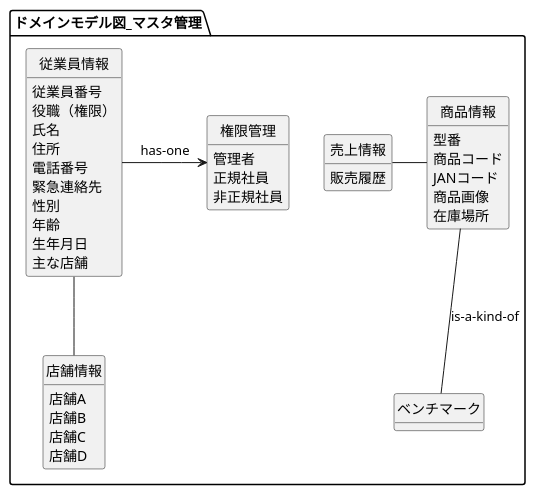
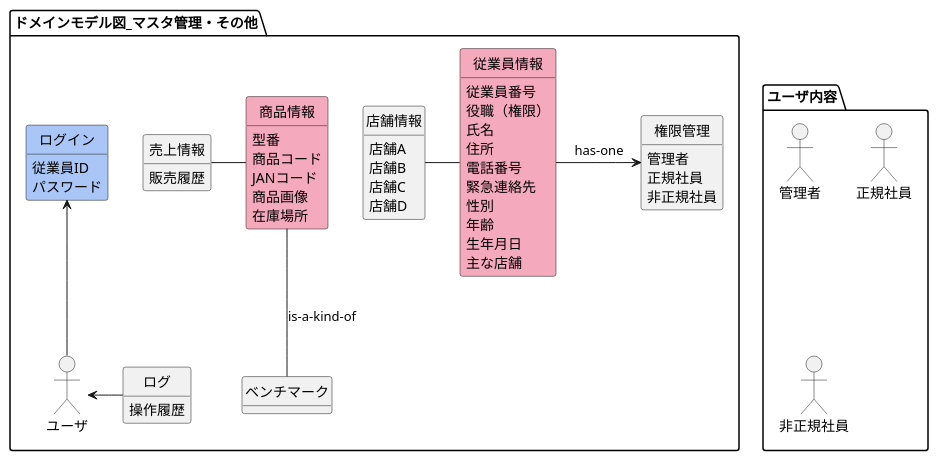
The diagram in 各種設計書/1ドメインモデル図/ドメインモデル図_マスタ管理.wsd (HaruShim/Sotuken), drawn with PlantUML before and after one commit. The commit also changed 2 other files, not shown here.

```diff
--- a/各種設計書/1ドメインモデル図/ドメインモデル図_マスタ管理.wsd
+++ b/各種設計書/1ドメインモデル図/ドメインモデル図_マスタ管理.wsd
@@ -1,74 +1,57 @@
 @startuml domainmodel
 ' left to right direction
 
 hide circle
 hide method
 
-package ドメインモデル図_マスタ管理 {
-  ' class 商品 #F5A9BC
-  ' class 予約商品 #F5A9BC
-  ' class 在庫商品 #F5A9BC
-  ' class カテゴリ
-  ' class レビュー
-  ' class カート
-  ' class 注文 #CEF6F5
-  ' class ウィッシュリスト
-  ' class 登録情報 #A9C6F6
-  class 商品情報
-  class ベンチマーク
-  class 売上情報
-  class 従業員情報
-  class 店舗情報
-  class 権限管理
+package ユーザ内容 {
+  mix_actor 管理者
+  mix_actor 正規社員
+  mix_actor 非正規社員
+}
+package ドメインモデル図_マスタ管理・その他 {
+  class 商品情報 #F5A9BC
+  class ベンチマーク 
+  class 売上情報 
+  class 従業員情報 #F5A9BC
+  class 店舗情報 
+  class 権限管理 
+  class ログイン #A9C6F6
+  class ログ
+  mix_actor ユーザ
 
   権限管理 : 管理者
   権限管理 : 正規社員
   権限管理 : 非正規社員
   従業員情報 : 従業員番号
   従業員情報 : 役職（権限）
   従業員情報 : 氏名
   従業員情報 : 住所
   従業員情報 : 電話番号
   従業員情報 : 緊急連絡先
   従業員情報 : 性別
   従業員情報 : 年齢
   従業員情報 : 生年月日
   従業員情報 : 主な店舗
   商品情報 : 型番
   商品情報 : 商品コード
   商品情報 : JANコード
   商品情報 : 商品画像
   商品情報 : 在庫場所
   売上情報 : 販売履歴
   店舗情報 : 店舗A
   店舗情報 : 店舗B
   店舗情報 : 店舗C
   店舗情報 : 店舗D
+  ログイン : 従業員ID
+  ログイン : パスワード
+  ログ : 操作履歴
 
-  従業員情報 -- 店舗情報
+  従業員情報 -left- 店舗情報
   商品情報 -left- 売上情報
-
-
-  ' mix_actor 管理者
-  ' mix_actor 正規社員
-
-  ' 商品 : 型番
-  ' 商品 : 価格
-  ' 登録情報 : メールアドレス
-
+  ユーザ -up-> ログイン
+  ユーザ <-right- ログ 
   従業員情報 -> 権限管理 : has-one
   商品情報 -- ベンチマーク : is-a-kind-of
-  ' ユーザ --> カート
-  ' カート o--> 商品 : has-many
-  ' 商品 <--o カテゴリ
-  ' ユーザ o--> 注文
-  ' 注文 o--> 商品
-  ' ユーザ --> ウィッシュリスト
-  ' ウィッシュリスト o--> 商品
-  ' ユーザ o--> レビュー
-  ' レビュー <--o 商品
-
-  ' 商品 <|-- 予約商品 : is-a-kind-of
-  ' 商品 <|-- 在庫商品 : is-a-kind-of
 }
 @enduml
```
